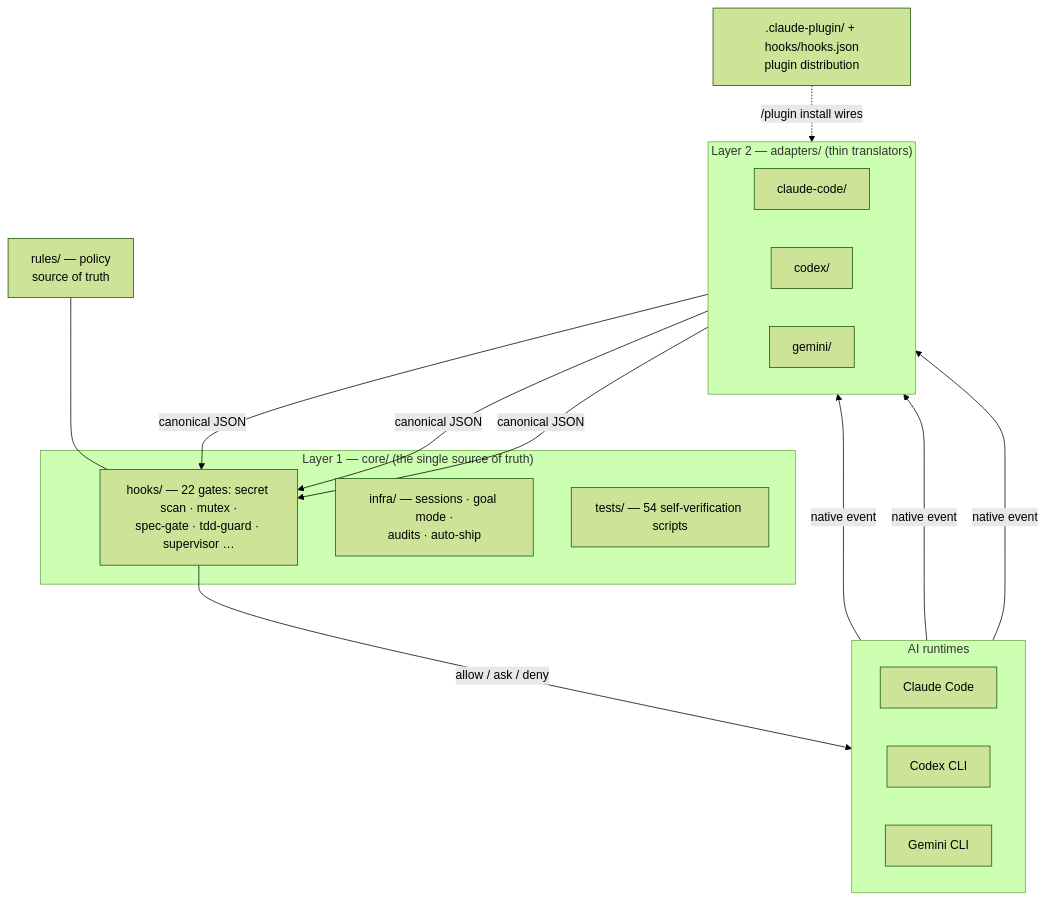
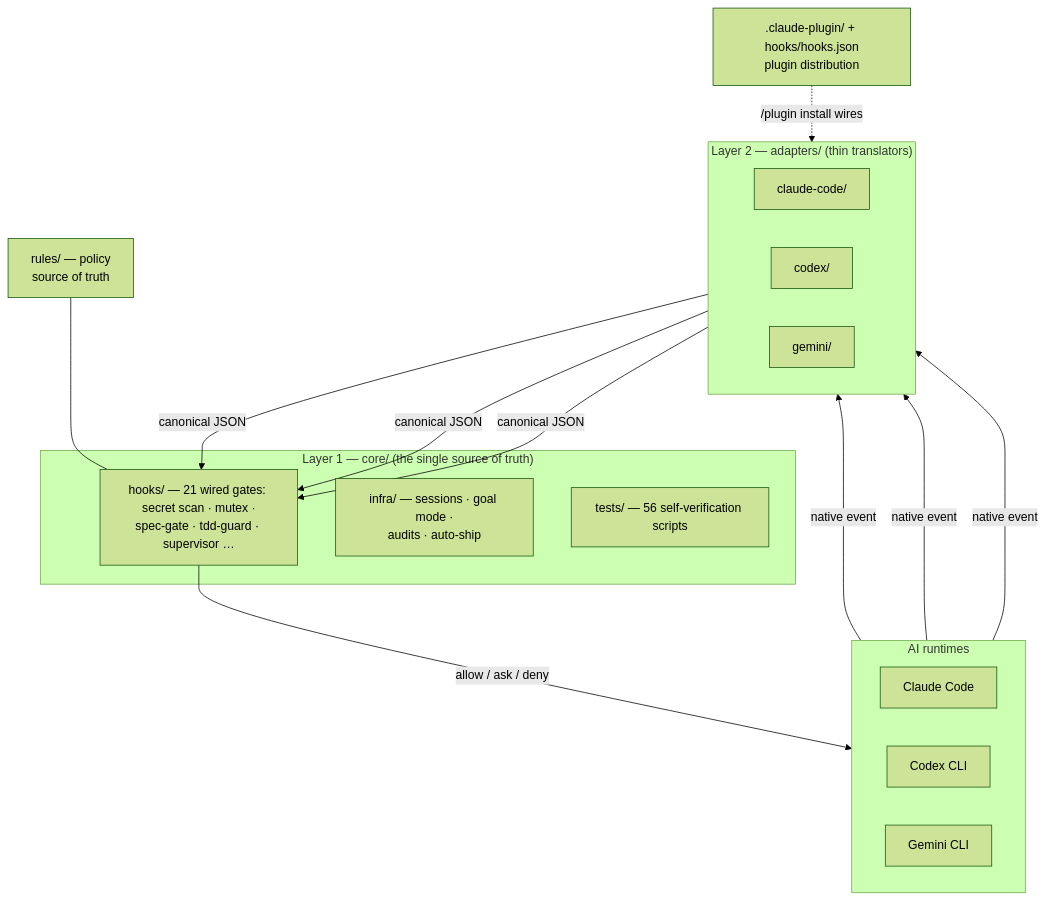
One commit to joymin5655/Agent changed the second of 5 diagrams in README.md. Above: the diagram before and after it, drawn with Mermaid (forest theme). The commit also changed other lines of this file and 19 other files, not shown here.

````diff
--- a/README.md
+++ b/README.md
@@ -215,32 +254,32 @@
 ```mermaid
 flowchart TB
     subgraph RT["AI runtimes"]
         direction LR
         CC["Claude Code"]
         CX["Codex CLI"]
         GM["Gemini CLI"]
     end
     subgraph AD["Layer 2 — adapters/ (thin translators)"]
         direction LR
         A1["claude-code/"]
         A2["codex/"]
         A3["gemini/"]
     end
     subgraph CORE["Layer 1 — core/ (the single source of truth)"]
-        H["hooks/ — 22 gates: secret scan · mutex ·<br/>spec-gate · tdd-guard · supervisor …"]
+        H["hooks/ — 21 wired gates: secret scan · mutex ·<br/>spec-gate · tdd-guard · supervisor …"]
         I["infra/ — sessions · goal mode ·<br/>audits · auto-ship"]
-        T["tests/ — 54 self-verification scripts"]
+        T["tests/ — 56 self-verification scripts"]
     end
     R["rules/ — policy<br/>source of truth"]
     PLUG[".claude-plugin/ + hooks/hooks.json<br/>plugin distribution"]
 
     CC -->|native event| A1
     CX -->|native event| A2
     GM -->|native event| A3
     A1 -->|canonical JSON| H
     A2 -->|canonical JSON| H
     A3 -->|canonical JSON| H
     H -->|"allow / ask / deny"| RT
     R --- H
     PLUG -. "/plugin install wires" .-> A1
 ```
````
